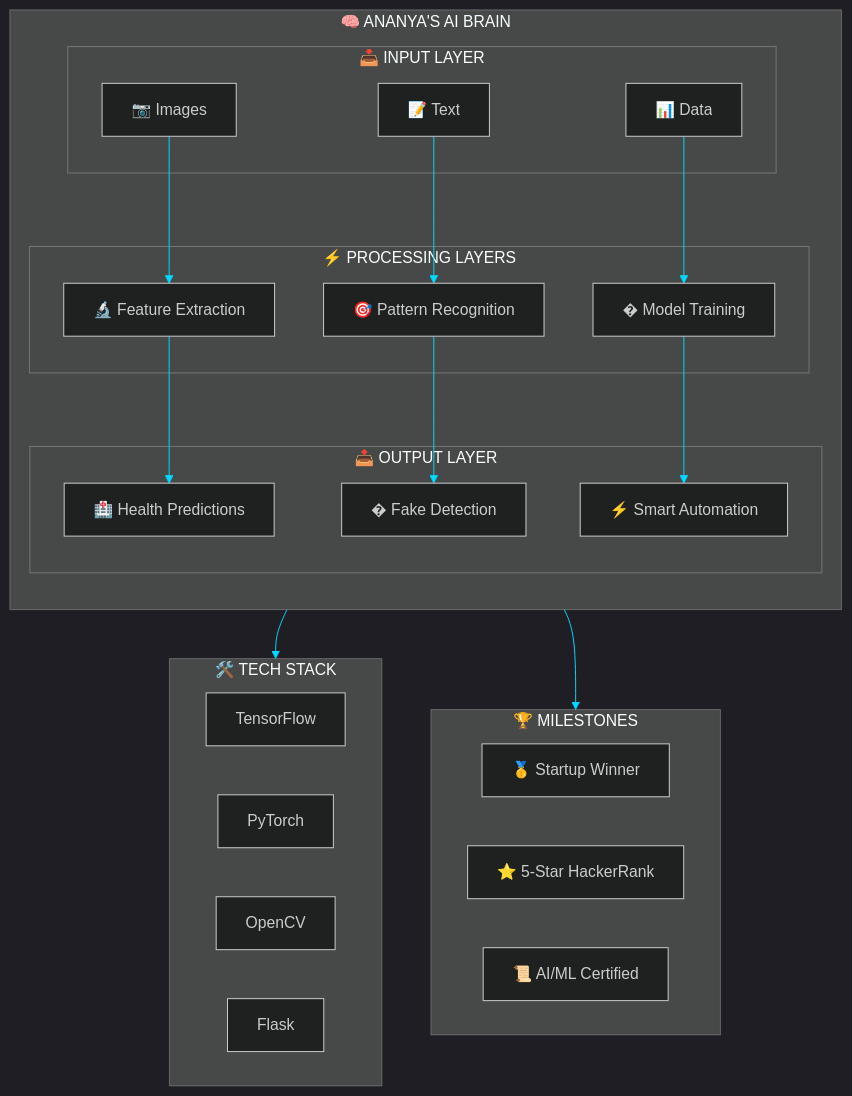
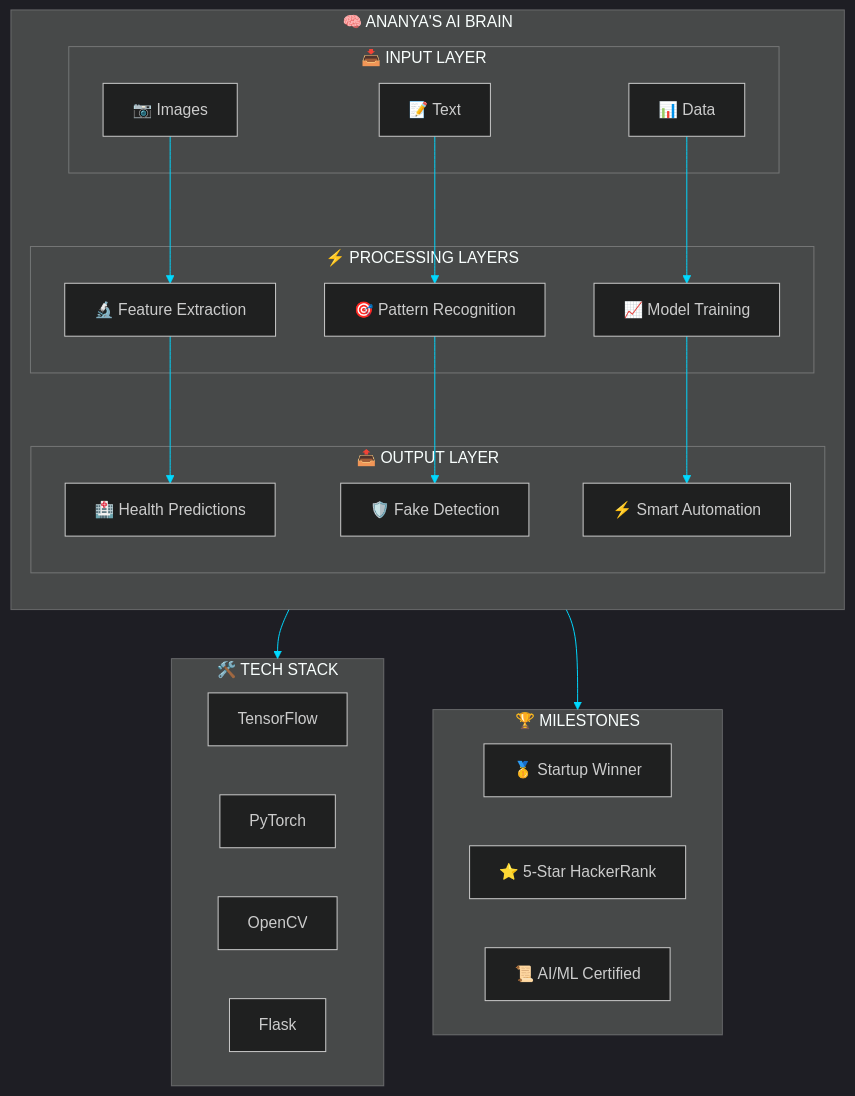
The first of 2 diagrams in README.md (Ananya419/Ananya419), drawn with Mermaid before and after one commit. The commit also changed other lines of this file, not shown here.

Commit message:
Fix broken emoji characters

````diff
--- a/README.md
+++ b/README.md
@@ -198,48 +198,48 @@
 ```mermaid
 %%{init: {'theme': 'dark', 'themeVariables': { 'primaryColor': '#00D9FF', 'primaryTextColor': '#fff', 'primaryBorderColor': '#FF6B6B', 'lineColor': '#00D9FF', 'secondaryColor': '#0D1117', 'tertiaryColor': '#1a1a2e'}}}%%
 flowchart TB
     subgraph BRAIN["🧠 ANANYA'S AI BRAIN"]
         direction TB
         
         subgraph INPUT["📥 INPUT LAYER"]
             A1[📷 Images]
             A2[📝 Text]
             A3[📊 Data]
         end
         
         subgraph HIDDEN["⚡ PROCESSING LAYERS"]
             B1[🔬 Feature Extraction]
             B2[🎯 Pattern Recognition]
-            B3[� Model Training]
+            B3[📈 Model Training]
         end
         
         subgraph OUTPUT["📤 OUTPUT LAYER"]
             C1[🏥 Health Predictions]
-            C2[�️ Fake Detection]
+            C2[🛡️ Fake Detection]
             C3[⚡ Smart Automation]
         end
         
         A1 --> B1
         A2 --> B2
         A3 --> B3
         B1 --> C1
         B2 --> C2
         B3 --> C3
     end
     
     subgraph SKILLS["🛠️ TECH STACK"]
         D1[TensorFlow]
         D2[PyTorch]
         D3[OpenCV]
         D4[Flask]
     end
     
     subgraph ACHIEVEMENTS["🏆 MILESTONES"]
         E1["🥇 Startup Winner"]
         E2["⭐ 5-Star HackerRank"]
         E3["📜 AI/ML Certified"]
     end
     
     BRAIN --> SKILLS
     BRAIN --> ACHIEVEMENTS
 ```
````
